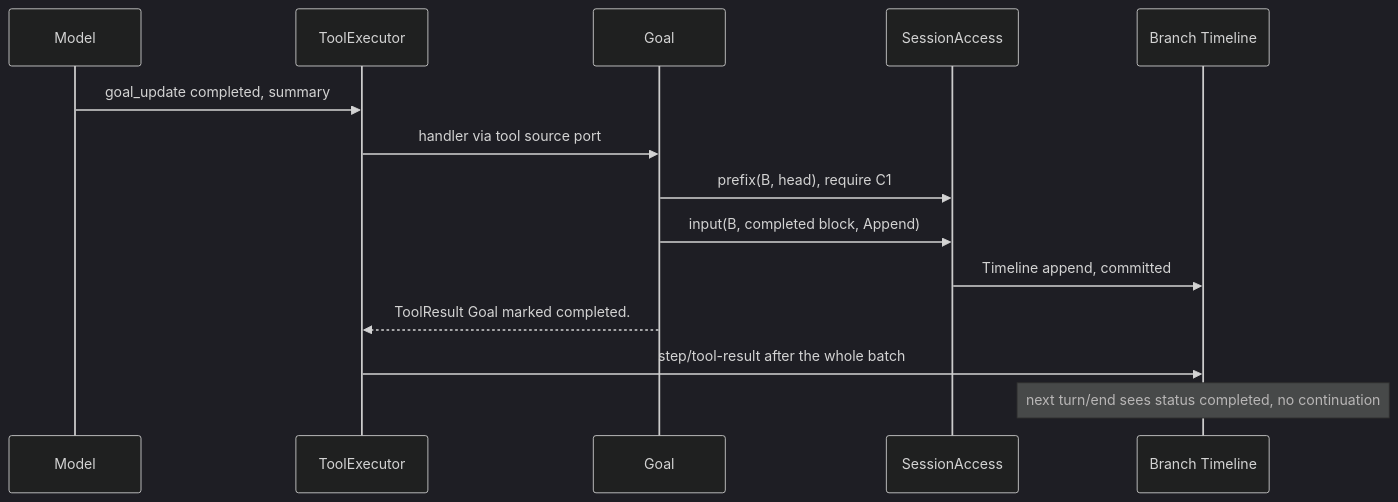
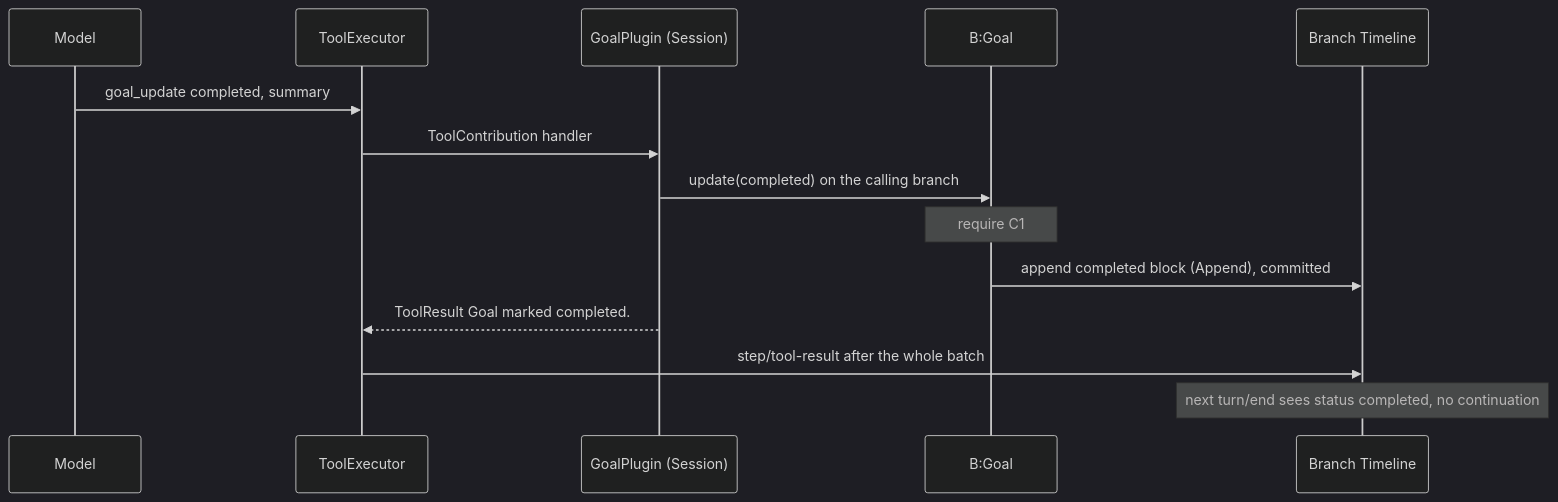
One commit to CoutinhoTTS/dim-agent changed the fourth of 6 diagrams in docs/design/plugins/Goal.md. Above: the diagram before and after it, drawn with Mermaid (dark theme). The commit also changed other lines of this file and 3 other files, not shown here.

Commit message:
docs(design): rescope Questions, Goal, ShellInput and Attachments per ADR 002

````diff
--- a/docs/design/plugins/Goal.md
+++ b/docs/design/plugins/Goal.md
@@ -114,16 +108,16 @@
 ```mermaid
 sequenceDiagram
   participant Model
   participant TE as ToolExecutor
-  participant Goal
-  participant SA as SessionAccess
+  participant GS as GoalPlugin (Session)
+  participant G as B:Goal
   participant TL as Branch Timeline
   Model->>TE: goal_update completed, summary
-  TE->>Goal: handler via tool source port
-  Goal->>SA: prefix(B, head), require C1
-  Goal->>SA: input(B, completed block, Append)
-  SA->>TL: Timeline append, committed
-  Goal-->>TE: ToolResult Goal marked completed.
+  TE->>GS: ToolContribution handler
+  GS->>G: update(completed) on the calling branch
+  Note over G: require C1
+  G->>TL: append completed block (Append), committed
+  GS-->>TE: ToolResult Goal marked completed.
   TE->>TL: step/tool-result after the whole batch
   Note over TL: next turn/end sees status completed, no continuation
 ```
````
